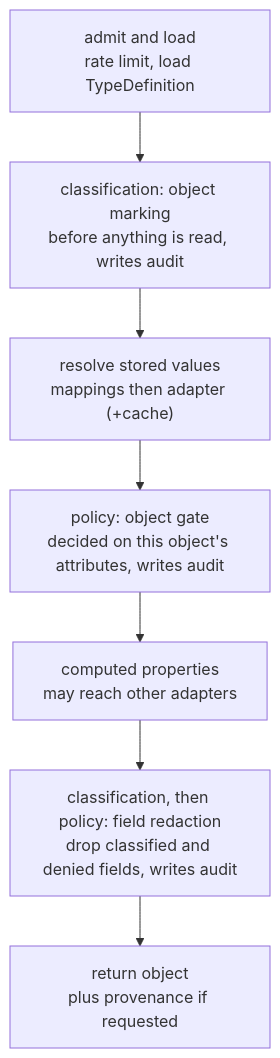
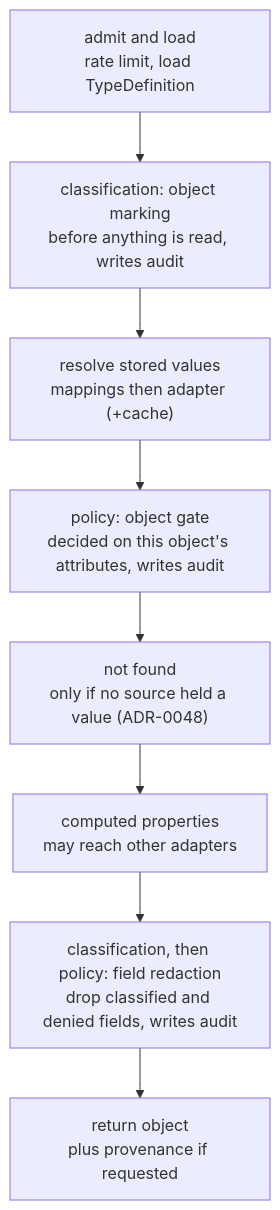
Before and after one commit to marlinspike/TypeSystem: the second of 7 diagrams in docs/architecture.md, drawn with Mermaid. The commit also changed other lines of this file and 14 other files, not shown here.

First line of the commit message:
feat(core): a missing object is not found (ADR-0048)

````diff
--- a/docs/architecture.md
+++ b/docs/architecture.md
@@ -268,11 +268,12 @@
 ```mermaid
 flowchart TB
     a["admit and load<br/>rate limit, load TypeDefinition"]
     k["classification: object marking<br/>before anything is read, writes audit"]
     c["resolve stored values<br/>mappings then adapter (+cache)"]
     b["policy: object gate<br/>decided on this object's attributes, writes audit"]
+    n["not found<br/>only if no source held a value (ADR-0048)"]
     d["computed properties<br/>may reach other adapters"]
     e["classification, then policy: field redaction<br/>drop classified and denied fields, writes audit"]
     f["return object<br/>plus provenance if requested"]
-    a --> k --> c --> b --> d --> e --> f
+    a --> k --> c --> b --> n --> d --> e --> f
 ```
````
